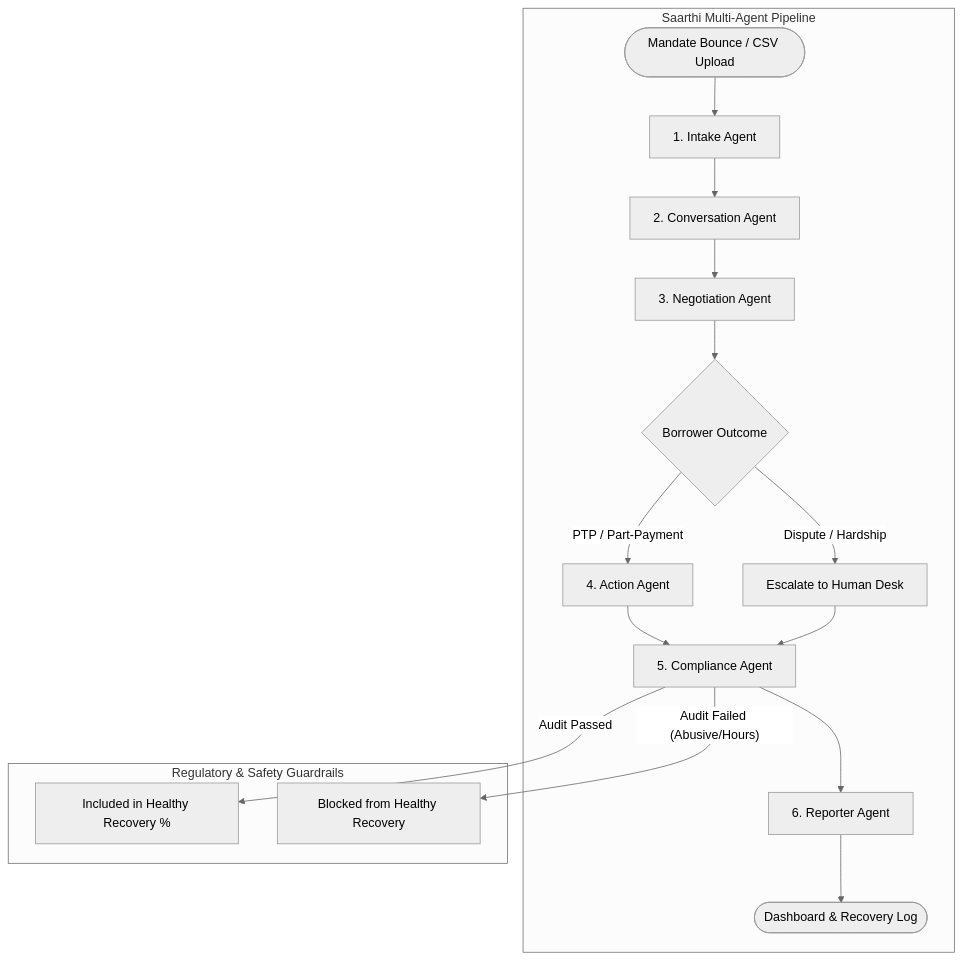
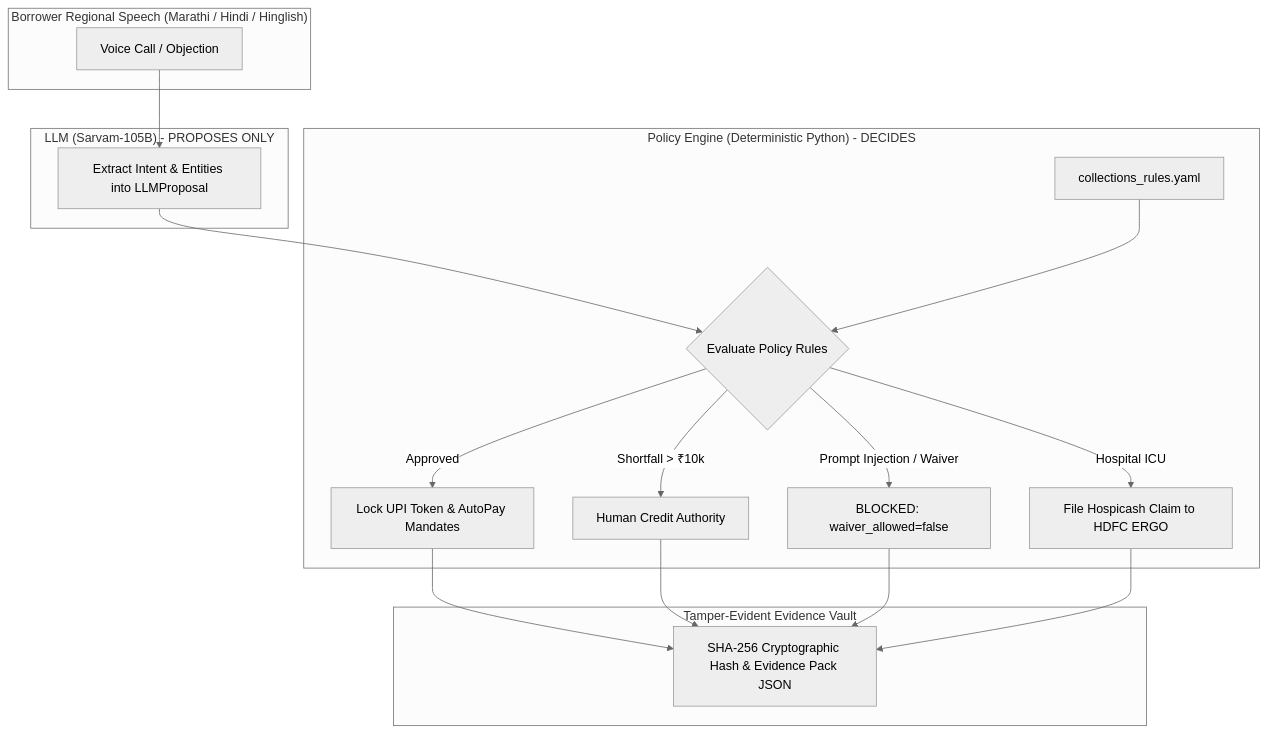
The diagram in README.md (saisidhardy/saarthi), drawn with Mermaid (neutral theme) before and after one commit. The commit also changed other lines of this file, not shown here.

Commit message:
docs: update README with live URLs, outcome engine, and scenario guide

````diff
--- a/README.md
+++ b/README.md
@@ -31,23 +66,30 @@
 ```mermaid
 flowchart TD
-    subgraph Core ["Saarthi Multi-Agent Pipeline"]
-        Start(["Mandate Bounce / CSV Upload"]) --> A["1. Intake Agent"]
-        A --> B["2. Conversation Agent"]
-        B --> C["3. Negotiation Agent"]
-        C --> D{"Borrower Outcome"}
-        
-        D -- "PTP / Part-Payment" --> E["4. Action Agent"]
-        D -- "Dispute / Hardship" --> H["Escalate to Human Desk"]
-        
-        E --> F["5. Compliance Agent"]
-        H --> F
-        
-        F --> G["6. Reporter Agent"]
-        G --> EndNode(["Dashboard & Recovery Log"])
+    subgraph Borrower ["Borrower Regional Speech (Marathi / Hindi / Hinglish)"]
+        Audio["Voice Call / Objection"]
     end
 
-    subgraph Guards ["Regulatory & Safety Guardrails"]
-        F -- "Audit Passed" --> ValidMetric["Included in Healthy Recovery %"]
-        F -- "Audit Failed (Abusive/Hours)" --> FlaggedMetric["Blocked from Healthy Recovery"]
+    subgraph LLM ["LLM (Sarvam-105B) - PROPOSES ONLY"]
+        Parse["Extract Intent & Entities into LLMProposal"]
+        Audio --> Parse
+    end
+
+    subgraph Firewall ["Policy Engine (Deterministic Python) - DECIDES"]
+        Rules["collections_rules.yaml"]
+        Eval{"Evaluate Policy Rules"}
+        Parse --> Eval
+        Rules --> Eval
+        Eval -- "Approved" --> Settle["Lock UPI Token & AutoPay Mandates"]
+        Eval -- "Shortfall > ₹10k" --> Approver["Human Credit Authority"]
+        Eval -- "Prompt Injection / Waiver" --> Block["BLOCKED: waiver_allowed=false"]
+        Eval -- "Hospital ICU" --> Insure["File Hospicash Claim to HDFC ERGO"]
+    end
+
+    subgraph Audit ["Tamper-Evident Evidence Vault"]
+        SHA["SHA-256 Cryptographic Hash & Evidence Pack JSON"]
+        Settle --> SHA
+        Approver --> SHA
+        Block --> SHA
+        Insure --> SHA
     end
 ```
````
